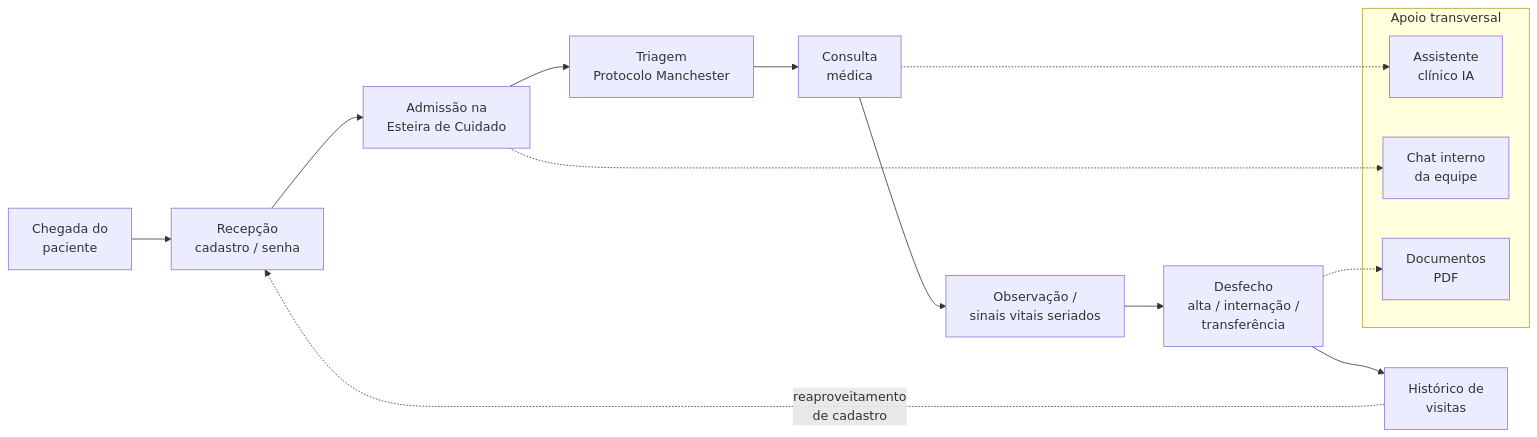
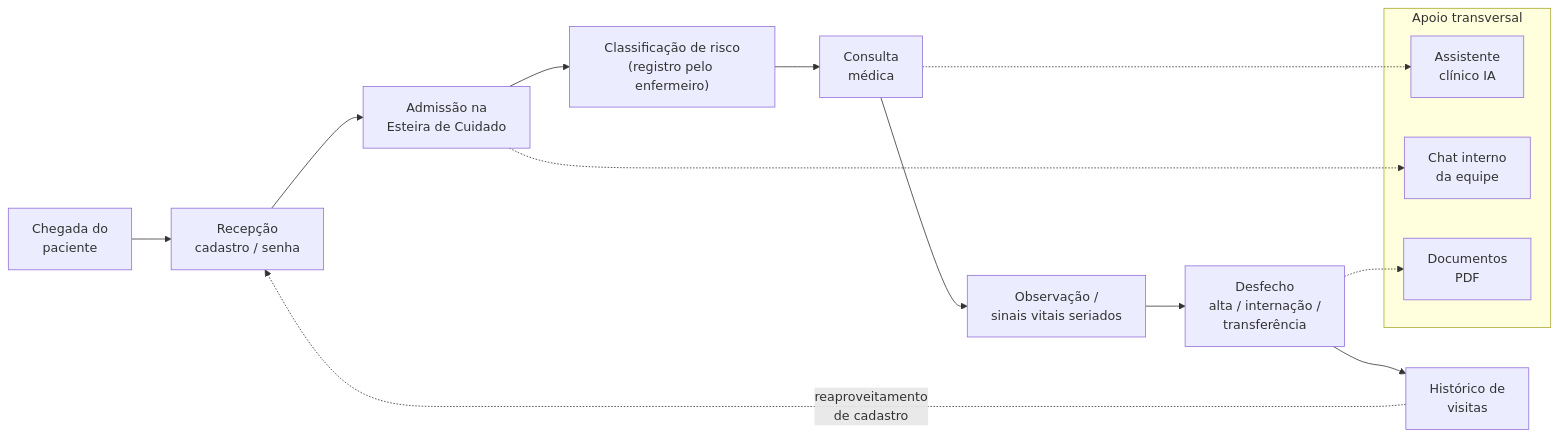
Before and after one commit to MikaelDiogo/HealthHub_Mono: the first of 31 diagrams in DOCUMENTO_ENGENHARIA_SOFTWARE.md, drawn with Mermaid. The commit also changed other lines of this file and 63 other files, not shown here.

First line of the commit message:
refactor: migra a esteira de Manchester para classificação de risco (cores manuais, sem tempos-alvo)

````diff
--- a/DOCUMENTO_ENGENHARIA_SOFTWARE.md
+++ b/DOCUMENTO_ENGENHARIA_SOFTWARE.md
@@ -84,21 +84,21 @@
 ```mermaid
 flowchart LR
     A["Chegada do<br/>paciente"] --> B["Recepção<br/>cadastro / senha"]
     B --> C["Admissão na<br/>Esteira de Cuidado"]
-    C --> D["Triagem<br/>Protocolo Manchester"]
+    C --> D["Classificação de risco<br/>(registro pelo enfermeiro)"]
     D --> E["Consulta<br/>médica"]
     E --> F["Observação /<br/>sinais vitais seriados"]
     F --> G["Desfecho<br/>alta / internação /<br/>transferência"]
     G --> H["Histórico de<br/>visitas"]
     H -.->|"reaproveitamento<br/>de cadastro"| B
 
     subgraph SUP["Apoio transversal"]
         I["Assistente<br/>clínico IA"]
         J["Chat interno<br/>da equipe"]
         K["Documentos<br/>PDF"]
     end
 
     E -.-> I
     C -.-> J
     G -.-> K
 ```
````
